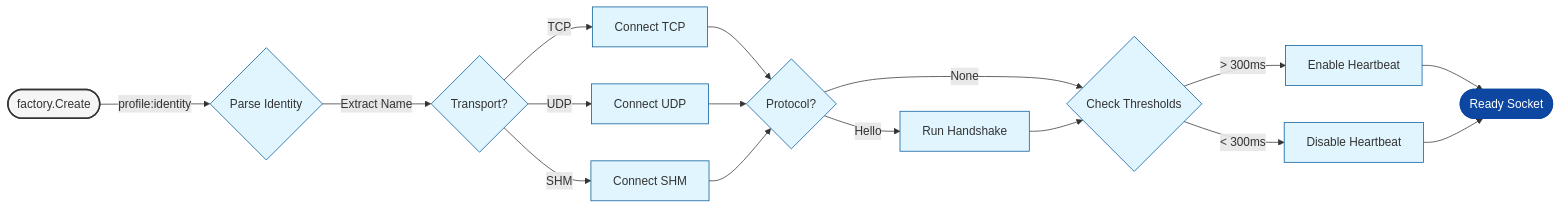
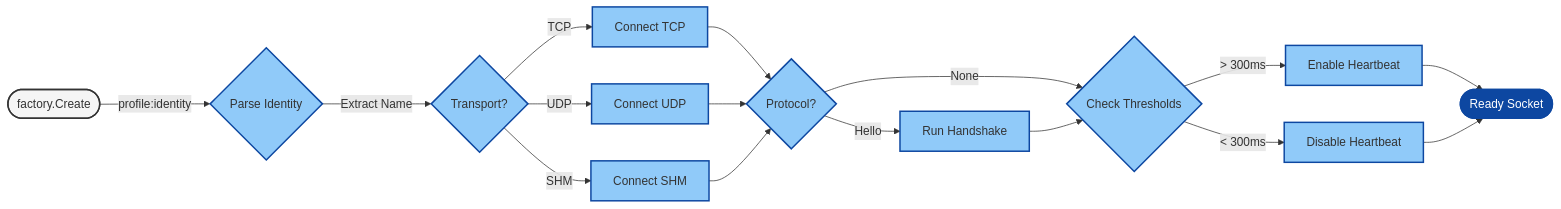
Before and after one commit to Bastien-Antigravity/safe-socket: the diagram in ARCHITECTURE.md, drawn with Mermaid.

Commit message:
style: update Mermaid diagram node styles for improved visual consistency

````diff
--- a/ARCHITECTURE.md
+++ b/ARCHITECTURE.md
@@ -15,39 +15,39 @@
 ```mermaid
 flowchart LR
     Start([factory.Create]) -- "profile:identity" --> Parse{Parse Identity}
     
     Parse -- "Extract Name" --> Transport{Transport?}
     
     Transport -- "TCP" --> DialTCP[Connect TCP]
     Transport -- "UDP" --> DialUDP[Connect UDP]
     Transport -- "SHM" --> DialSHM[Connect SHM]
     
     DialTCP --> Proto{Protocol?}
     DialUDP --> Proto
     DialSHM --> Proto
     
     Proto -- "Hello" --> Handshake[Run Handshake]
     Proto -- "None" --> Heartbeat{Check Thresholds}
     
     Handshake --> Heartbeat
     
     Heartbeat -- "> 300ms" --> EnableHB[Enable Heartbeat]
     Heartbeat -- "< 300ms" --> DisableHB[Disable Heartbeat]
     
     EnableHB --> Result([Ready Socket])
     DisableHB --> Result
     
     %% Styles
     style Start fill:#f5f5f5,stroke:#333,stroke-width:2px
     style Result fill:#0d47a1,stroke:#0d47a1,stroke-width:2px,color:#fff
-    style Parse fill:#e1f5fe,stroke:#01579b
-    style Transport fill:#e1f5fe,stroke:#01579b
-    style Proto fill:#e1f5fe,stroke:#01579b
-    style Heartbeat fill:#e1f5fe,stroke:#01579b
-    style DialTCP fill:#e1f5fe,stroke:#01579b
-    style DialUDP fill:#e1f5fe,stroke:#01579b
-    style DialSHM fill:#e1f5fe,stroke:#01579b
-    style Handshake fill:#e1f5fe,stroke:#01579b
-    style EnableHB fill:#e1f5fe,stroke:#01579b
-    style DisableHB fill:#e1f5fe,stroke:#01579b
+    style Parse fill:#90caf9,stroke:#0d47a1,stroke-width:2px
+    style Transport fill:#90caf9,stroke:#0d47a1,stroke-width:2px
+    style Proto fill:#90caf9,stroke:#0d47a1,stroke-width:2px
+    style Heartbeat fill:#90caf9,stroke:#0d47a1,stroke-width:2px
+    style DialTCP fill:#90caf9,stroke:#0d47a1,stroke-width:2px
+    style DialUDP fill:#90caf9,stroke:#0d47a1,stroke-width:2px
+    style DialSHM fill:#90caf9,stroke:#0d47a1,stroke-width:2px
+    style Handshake fill:#90caf9,stroke:#0d47a1,stroke-width:2px
+    style EnableHB fill:#90caf9,stroke:#0d47a1,stroke-width:2px
+    style DisableHB fill:#90caf9,stroke:#0d47a1,stroke-width:2px
 ```
````
